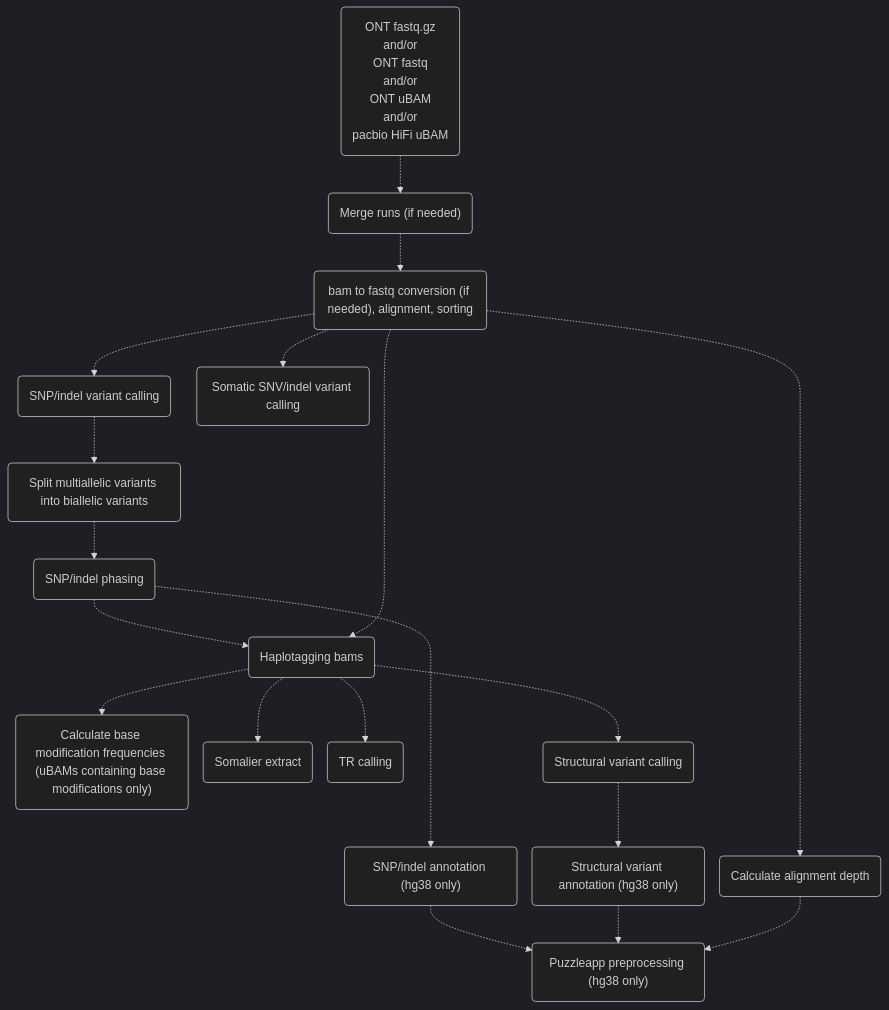
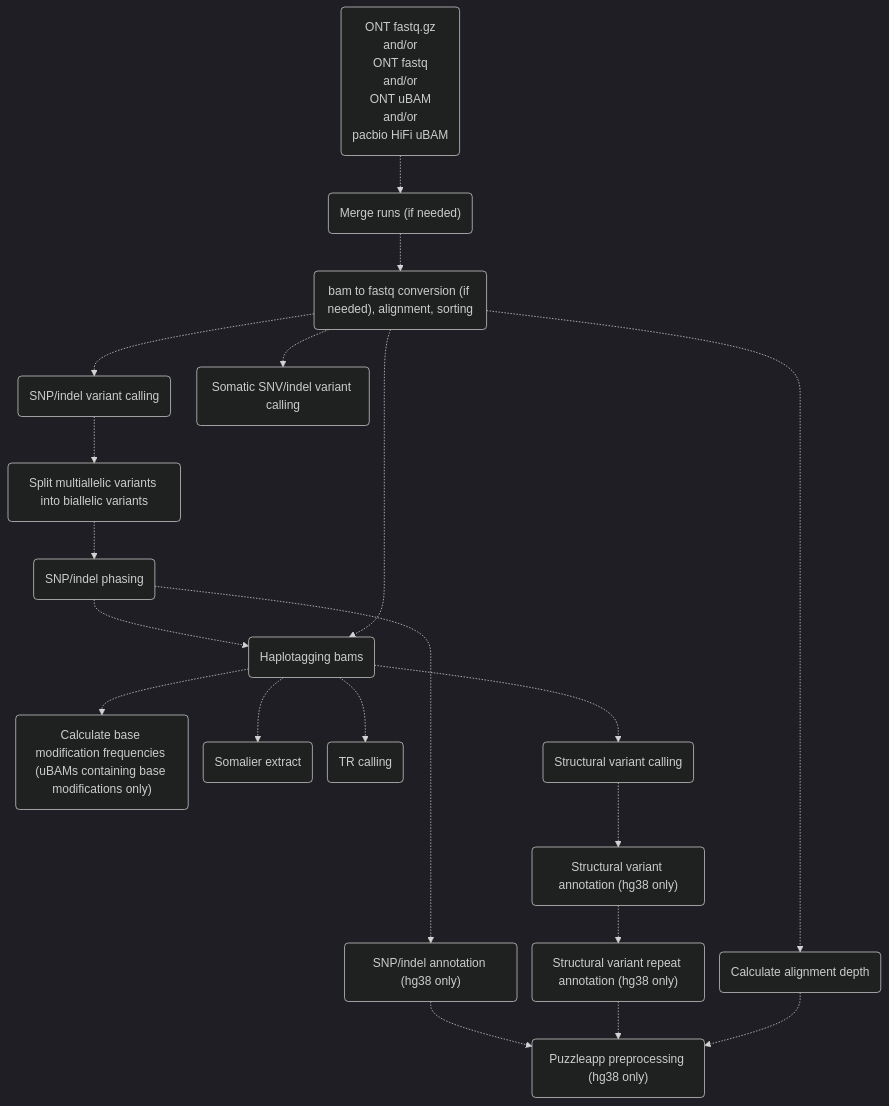
The first of 3 diagrams in docs/pipeface/info.md (leahkemp/pipeface), drawn with Mermaid before and after one commit. The commit also changed other lines of this file and 11 other files, not shown here.

````diff
--- a/docs/pipeface/info.md
+++ b/docs/pipeface/info.md
@@ -7,33 +7,34 @@
 ```mermaid
 %%{init:{'theme':'dark','themeVariables':{'fontSize':'11'},'flowchart':{'nodeSpacing':20}}}%%
 flowchart TB
 
 input_data("ONT fastq.gz <br> and/or <br> ONT fastq <br> and/or <br> ONT uBAM <br> and/or <br> pacbio HiFi uBAM")
 merging("Merge runs (if needed)")
 alignment("bam to fastq conversion (if needed), alignment, sorting")
 depth("Calculate alignment depth")
 snp_indel_calling("SNP/indel variant calling")
 somatic_calling("Somatic SNV/indel variant calling")
 split_multiallele("Split multiallelic variants into biallelic variants")
 snp_indel_phasing("SNP/indel phasing")
 snp_indel_annotation("SNP/indel annotation (hg38 only)")
 haplotagging("Haplotagging bams")
 calculate_base_mod_freqs("Calculate base modification frequencies (uBAMs containing base modifications only)")
 somalier("Somalier extract")
 tr_calling("TR calling")
 sv_calling("Structural variant calling")
 sv_annotation("Structural variant annotation (hg38 only)")
+sv_repeat_annotation("Structural variant repeat annotation (hg38 only)")
 puzzleapp_preprocessing("Puzzleapp preprocessing (hg38 only)")
 
 input_data-.->merging-.->alignment-.->snp_indel_calling-.->split_multiallele-.->snp_indel_phasing-.->haplotagging-.->sv_calling
 alignment-.->depth
 alignment-.->somatic_calling
 alignment-.->haplotagging
 haplotagging-.->calculate_base_mod_freqs
 haplotagging-.->somalier
 haplotagging-.->tr_calling
 snp_indel_phasing-.->snp_indel_annotation-.->puzzleapp_preprocessing
-sv_calling-.->sv_annotation-.->puzzleapp_preprocessing
+sv_calling-.->sv_annotation-.->sv_repeat_annotation-.->puzzleapp_preprocessing
 depth-.->puzzleapp_preprocessing
 
 ```
````
